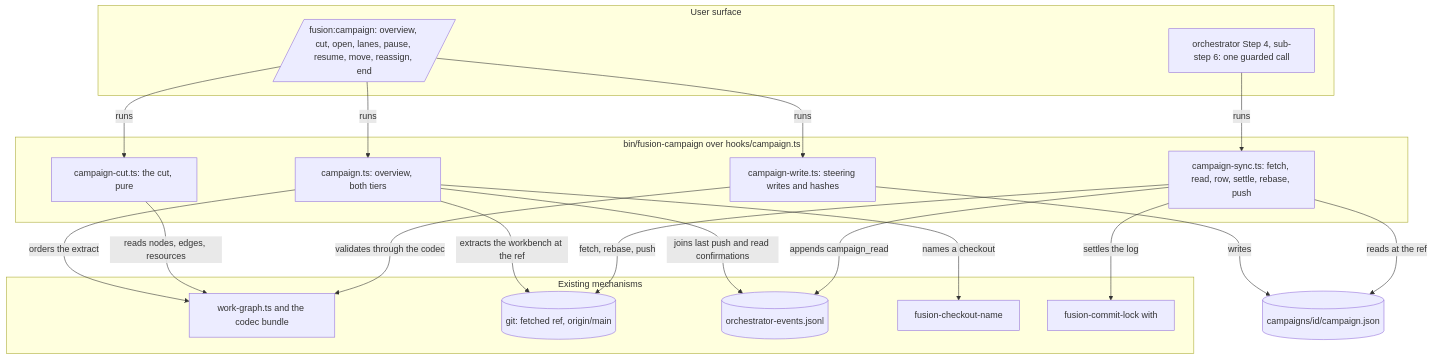
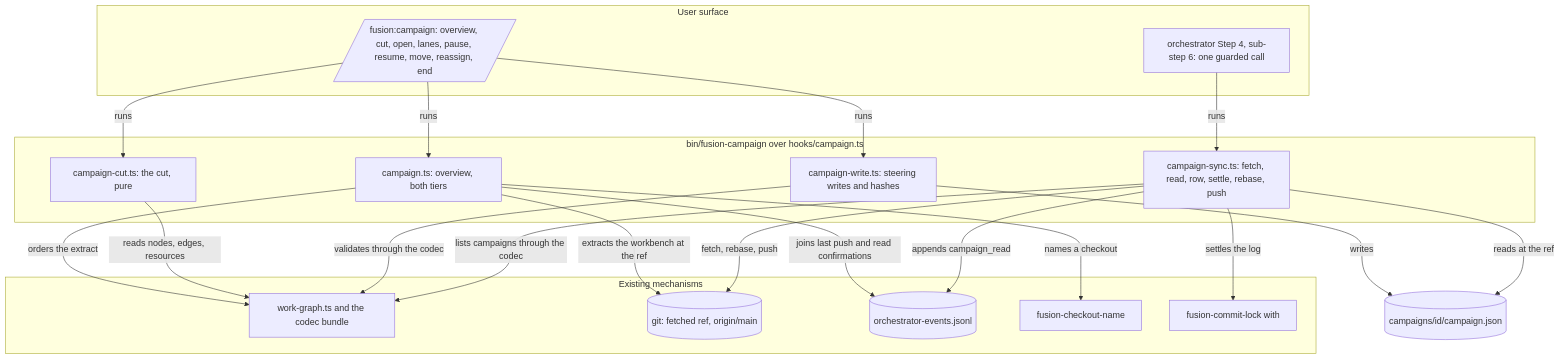
One commit to tenzoki/fusion changed the first of 3 diagrams in fusion-workbench/work-packages/261108-1924-campaign-the-frame-for-work-spread-over-several-checkouts/plans/261108-2301-plan-campaign-the-frame-for-work-spread-over-several-checkouts.md. Above: the diagram before and after it, drawn with Mermaid. The commit also changed other lines of this file and 5 other files, not shown here.

````diff
--- a/fusion-workbench/work-packages/261108-1924-campaign-the-frame-for-work-spread-over-several-checkouts/plans/261108-2301-plan-campaign-the-frame-for-work-spread-over-several-checkouts.md
+++ b/fusion-workbench/work-packages/261108-1924-campaign-the-frame-for-work-spread-over-several-checkouts/plans/261108-2301-plan-campaign-the-frame-for-work-spread-over-several-checkouts.md
@@ -29,36 +30,37 @@
 ```mermaid
 flowchart TD
   subgraph user[User surface]
     SK[/fusion:campaign: overview, cut, open, lanes, pause, resume, move, reassign, end/]
     ORC[orchestrator Step 4, sub-step 6: one guarded call]
   end
   subgraph helper[bin/fusion-campaign over hooks/campaign.ts]
     OV[campaign.ts: overview, both tiers]
     CUT[campaign-cut.ts: the cut, pure]
     WR[campaign-write.ts: steering writes and hashes]
     SY[campaign-sync.ts: fetch, read, row, settle, rebase, push]
   end
   subgraph reused[Existing mechanisms]
     WG[work-graph.ts and the codec bundle]
     GIT[(git: fetched ref, origin/main)]
     LOG[(orchestrator-events.jsonl)]
     REG[fusion-checkout-name]
     LOCK[fusion-commit-lock with]
   end
   CAMP[(campaigns/id/campaign.json)]
   SK -->|runs| OV
   SK -->|runs| CUT
   SK -->|runs| WR
   ORC -->|runs| SY
   OV -->|extracts the workbench at the ref| GIT
   OV -->|orders the extract| WG
   OV -->|joins last push and read confirmations| LOG
   OV -->|names a checkout| REG
   CUT -->|reads nodes, edges, resources| WG
   WR -->|validates through the codec| WG
   WR -->|writes| CAMP
   SY -->|fetch, rebase, push| GIT
   SY -->|reads at the ref| CAMP
+  SY -->|lists campaigns through the codec| WG
   SY -->|appends campaign_read| LOG
   SY -->|settles the log| LOCK
 ```
````
